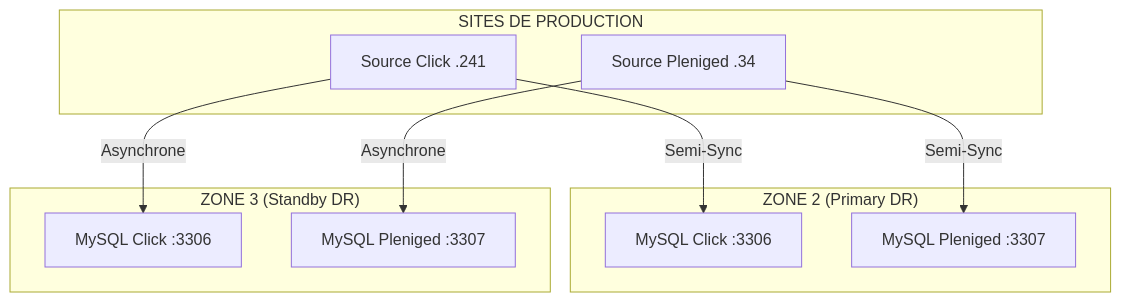
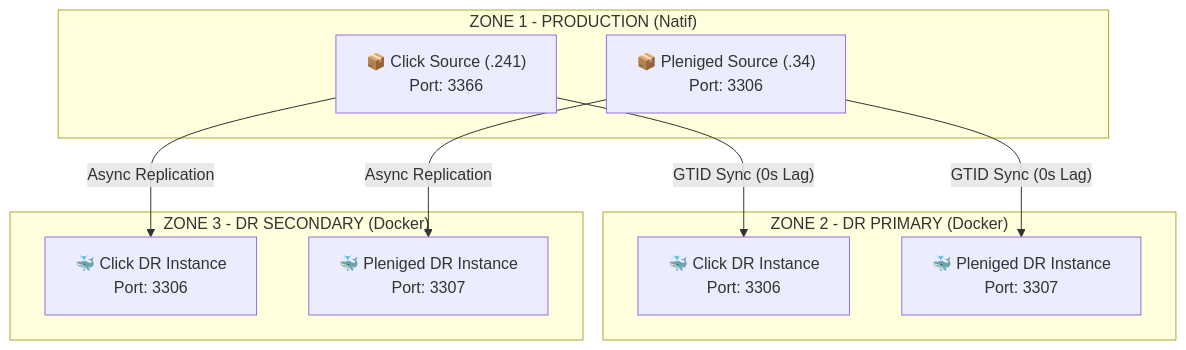
The diagram in README.md (ahmedabddayme3752/Disaster-Strategy-guide), drawn with Mermaid before and after one commit. The commit also changed other lines of this file and 5 other files, not shown here.

Commit message:
feat: add comprehensive DR architecture documentation and streamline MySQL replication setup guides

````diff
--- a/README.md
+++ b/README.md
@@ -26,23 +15,23 @@
 ```mermaid
 graph TD
-    subgraph "SITES DE PRODUCTION"
-        C[Source Click .241]
-        P[Source Pleniged .34]
+    subgraph "ZONE 1 - PRODUCTION (Natif)"
+        P_CLK["📦 Click Source (.241)<br/>Port: 3366"]
+        P_PLN["📦 Pleniged Source (.34)<br/>Port: 3306"]
     end
 
-    subgraph "ZONE 2 (Primary DR)"
-        Z2C[MySQL Click :3306]
-        Z2P[MySQL Pleniged :3307]
+    subgraph "ZONE 2 - DR PRIMARY (Docker)"
+        D2_CLK["🐳 Click DR Instance<br/>Port: 3306"]
+        D2_PLN["🐳 Pleniged DR Instance<br/>Port: 3307"]
     end
 
-    subgraph "ZONE 3 (Standby DR)"
-        Z3C[MySQL Click :3306]
-        Z3P[MySQL Pleniged :3307]
+    subgraph "ZONE 3 - DR SECONDARY (Docker)"
+        D3_CLK["🐳 Click DR Instance<br/>Port: 3306"]
+        D3_PLN["🐳 Pleniged DR Instance<br/>Port: 3307"]
     end
 
-    C -- "Semi-Sync" --> Z2C
-    P -- "Semi-Sync" --> Z2P
+    P_CLK -- "GTID Sync (0s Lag)" --> D2_CLK
+    P_PLN -- "GTID Sync (0s Lag)" --> D2_PLN
     
-    C -- "Asynchrone" --> Z3C
-    P -- "Asynchrone" --> Z3P
+    P_CLK -- "Async Replication" --> D3_CLK
+    P_PLN -- "Async Replication" --> D3_PLN
 ```
````
